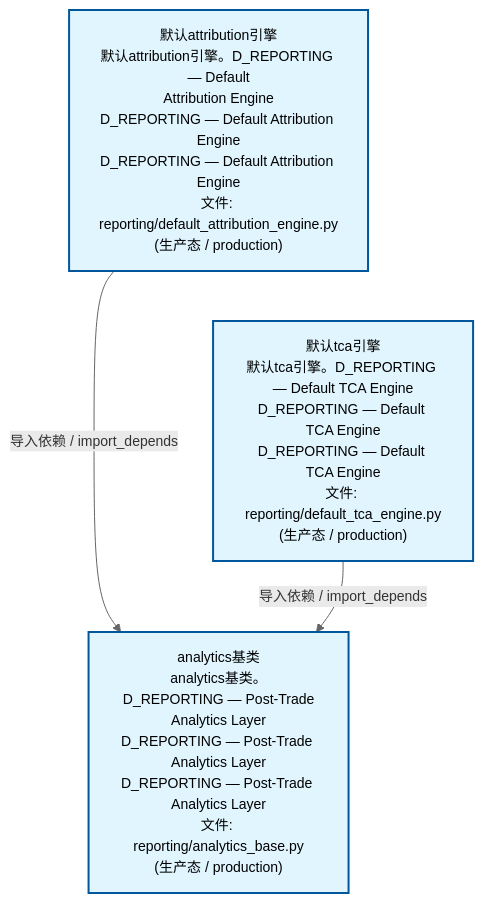
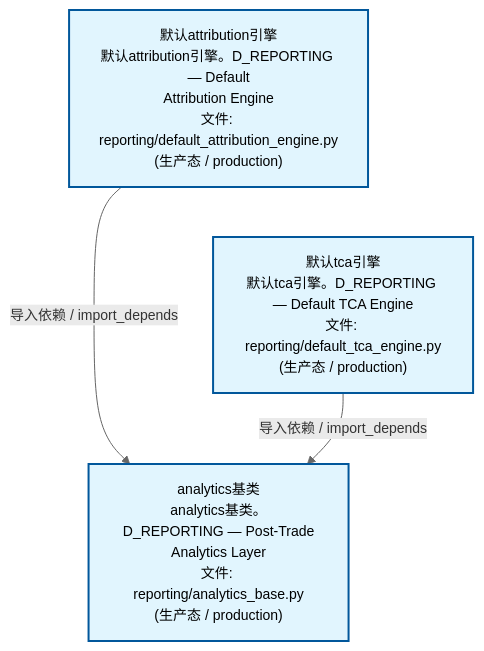
The second of 4 diagrams in docs/02_enterprise_architecture/02_domain_architecture_docs/26_d_reporting.md (xuanFelixVan/ZephyrAlpha), drawn with Mermaid before and after one commit. The commit also changed other lines of this file and 60 other files, not shown here.

````diff
--- a/docs/02_enterprise_architecture/02_domain_architecture_docs/26_d_reporting.md
+++ b/docs/02_enterprise_architecture/02_domain_architecture_docs/26_d_reporting.md
@@ -117,15 +117,15 @@
 ```mermaid
 %%{init: {'theme': 'base', 'themeVariables': {'primaryColor': '#eaeaea', 'primaryTextColor': '#333333', 'primaryBorderColor': '#666666', 'lineColor': '#666666', 'secondaryColor': '#eaeaea', 'tertiaryColor': '#eaeaea', 'fontSize': '14px'}}}%%
 flowchart TD
-    src_zephyr_reporting_default_attribution_engine_py["默认attribution引擎<br/>默认attribution引擎。D_REPORTING — Default<br/>Attribution Engine<br/>D_REPORTING — Default Attribution Engine<br/>D_REPORTING — Default Attribution Engine<br/>文件: reporting/default_attribution_engine.py<br/>(生产态 / production)"]
-    src_zephyr_reporting_default_tca_engine_py["默认tca引擎<br/>默认tca引擎。D_REPORTING — Default TCA Engine<br/>D_REPORTING — Default TCA Engine<br/>D_REPORTING — Default TCA Engine<br/>文件: reporting/default_tca_engine.py<br/>(生产态 / production)"]
+    src_zephyr_reporting_default_attribution_engine_py["默认attribution引擎<br/>默认attribution引擎。D_REPORTING — Default<br/>Attribution Engine<br/>文件: reporting/default_attribution_engine.py<br/>(生产态 / production)"]
+    src_zephyr_reporting_default_tca_engine_py["默认tca引擎<br/>默认tca引擎。D_REPORTING — Default TCA Engine<br/>文件: reporting/default_tca_engine.py<br/>(生产态 / production)"]
     src_zephyr_reporting_default_attribution_engine_py ~~~ src_zephyr_reporting_default_tca_engine_py
-    src_zephyr_reporting_analytics_base_py["analytics基类<br/>analytics基类。D_REPORTING — Post-Trade<br/>Analytics Layer<br/>D_REPORTING — Post-Trade Analytics Layer<br/>D_REPORTING — Post-Trade Analytics Layer<br/>文件: reporting/analytics_base.py<br/>(生产态 / production)"]
+    src_zephyr_reporting_analytics_base_py["analytics基类<br/>analytics基类。D_REPORTING — Post-Trade<br/>Analytics Layer<br/>文件: reporting/analytics_base.py<br/>(生产态 / production)"]
     src_zephyr_reporting_default_attribution_engine_py -->|导入依赖 / import_depends| src_zephyr_reporting_analytics_base_py
     src_zephyr_reporting_default_tca_engine_py -->|导入依赖 / import_depends| src_zephyr_reporting_analytics_base_py
     classDef production fill:#e1f5fe,stroke:#01579b,stroke-width:2px,color:#000
     classDef design fill:#fff3e0,stroke:#e65100,stroke-width:2px,color:#000,stroke-dasharray: 5 5
     classDef external_prod fill:#e8f4fd,stroke:#0277bd,stroke-width:1px,color:#000
     classDef external_design fill:#fff8e7,stroke:#ef6c00,stroke-width:1px,color:#000,stroke-dasharray: 5 5
     class src_zephyr_reporting_analytics_base_py,src_zephyr_reporting_default_attribution_engine_py,src_zephyr_reporting_default_tca_engine_py production
 ```
````
